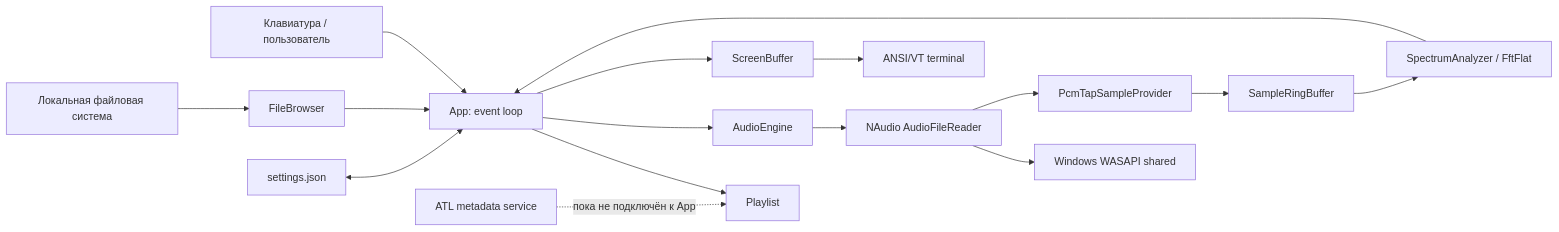
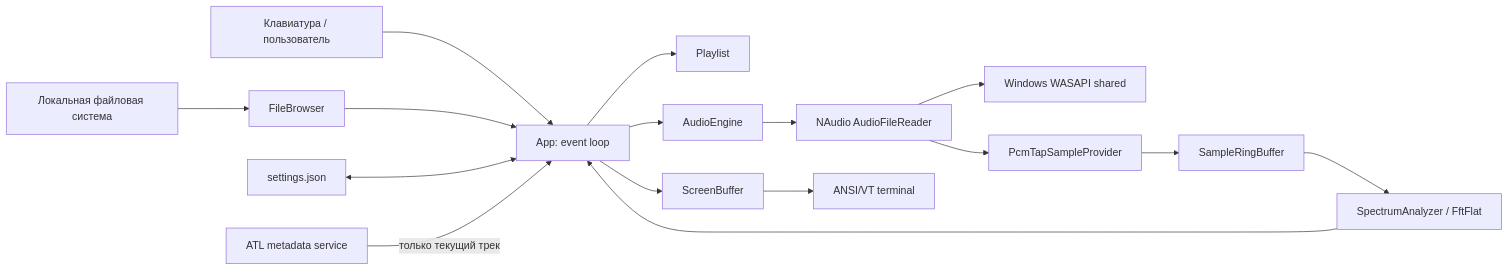
One commit to Geckon01/YACPlayer changed the first of 3 diagrams in docs/ARCHITECTURE.ru.md. Above: the diagram before and after it, drawn with Mermaid. The commit also changed other lines of this file and 6 other files, not shown here.

````diff
--- a/docs/ARCHITECTURE.ru.md
+++ b/docs/ARCHITECTURE.ru.md
@@ -23,18 +23,18 @@
 ```mermaid
 flowchart LR
     User["Клавиатура / пользователь"] --> App["App: event loop"]
     Files["Локальная файловая система"] --> Browser["FileBrowser"]
     Browser --> App
     App --> Playlist["Playlist"]
     App --> Audio["AudioEngine"]
     Audio --> NAudio["NAudio AudioFileReader"]
     NAudio --> WASAPI["Windows WASAPI shared"]
     NAudio --> Tap["PcmTapSampleProvider"]
     Tap --> Ring["SampleRingBuffer"]
     Ring --> FFT["SpectrumAnalyzer / FftFlat"]
     FFT --> App
     App --> Buffer["ScreenBuffer"]
     Buffer --> Terminal["ANSI/VT terminal"]
     Settings["settings.json"] <--> App
-    ATL["ATL metadata service"] -. "пока не подключён к App" .-> Playlist
+    ATL["ATL metadata service"] -->|"только текущий трек"| App
 ```
````
